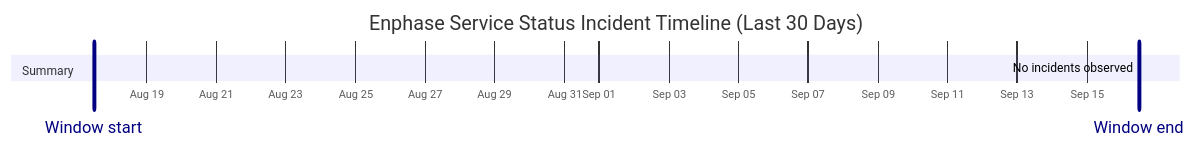
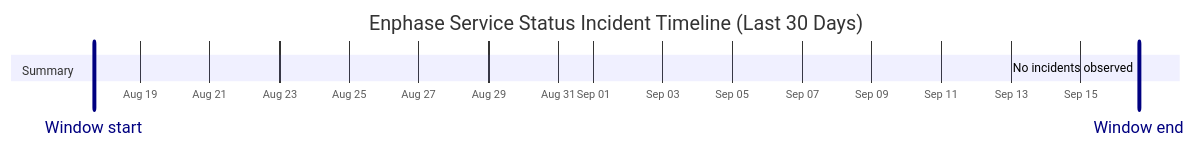
One commit to barneyonline/ha-enphase-energy changed the diagram in wiki/Service-Status-History.md. Above: the diagram before and after it, drawn with Mermaid. The commit also changed other lines of this file and 3 other files, not shown here.

````diff
--- a/wiki/Service-Status-History.md
+++ b/wiki/Service-Status-History.md
@@ -14,10 +14,10 @@
 ```mermaid
 gantt
     title Enphase Service Status Incident Timeline (Last 30 Days)
     dateFormat  YYYY-MM-DDTHH:mm:ss
     axisFormat  %b %d
-    Window start :vert, window-start, 2026-08-17T11:55:19, 0ms
-    Window end :vert, window-end, 2026-09-16T11:55:19, 0ms
+    Window start :vert, window-start, 2026-08-17T16:11:10, 0ms
+    Window end :vert, window-end, 2026-09-16T16:11:10, 0ms
     section Summary
-    No incidents observed :done, 2026-09-16T11:55:19, 1m
+    No incidents observed :done, 2026-09-16T16:11:10, 1m
 ```
````
